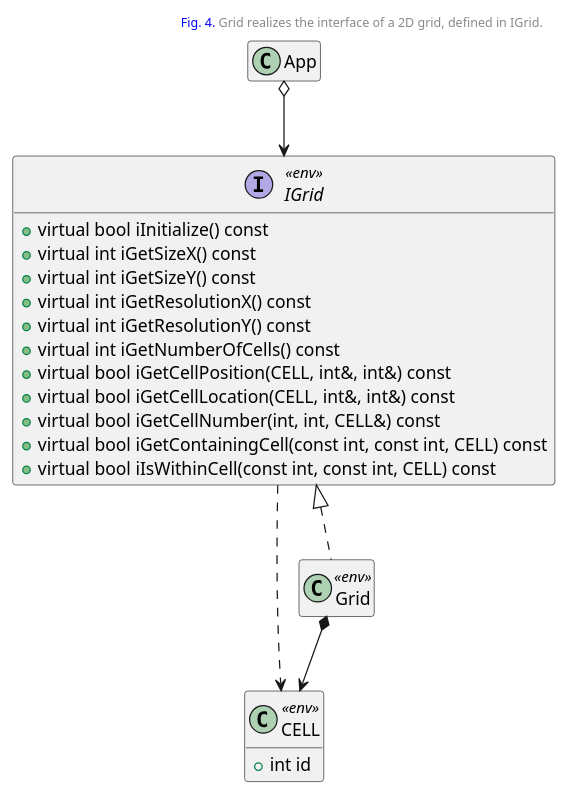
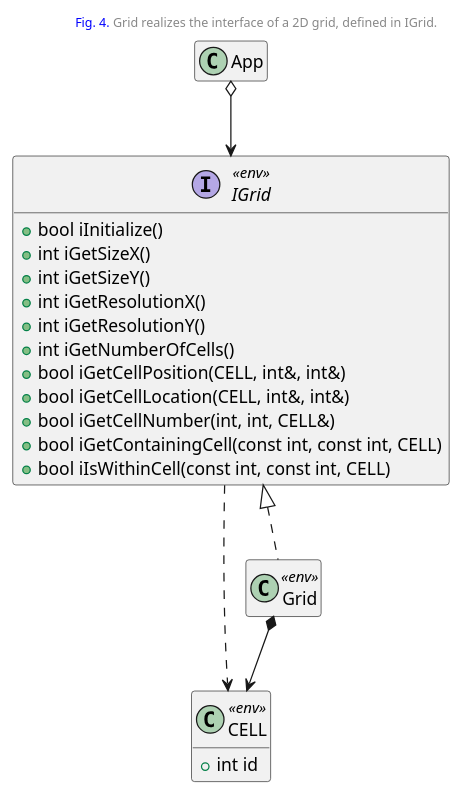
The fourth of 4 diagrams in _posts/modsim/2020-09-29-sfml-2d-grid.md (kanmeugne/kanmeugne.github.io), drawn with PlantUML before and after one commit. The commit also changed other lines of this file and 3 other files, not shown here.

```diff
--- a/_posts/modsim/2020-09-29-sfml-2d-grid.md
+++ b/_posts/modsim/2020-09-29-sfml-2d-grid.md
@@ -361,34 +357,34 @@
 {% plantuml %}
 @startuml
 header: <size:10> <font color=blue>Fig. 4.</font> Grid realizes the interface of a 2D grid, defined in IGrid. </size>
 class App {
     + void run()
     + void display()
 }
 class CELL <<env>> {
     + int id
 }
 interface IGrid <<env>> {
-    + virtual bool iInitialize() const
-    + virtual int iGetSizeX() const
-    + virtual int iGetSizeY() const
-    + virtual int iGetResolutionX() const
-    + virtual int iGetResolutionY() const
-    + virtual int iGetNumberOfCells() const
-    + virtual bool iGetCellPosition(CELL, int&, int&) const
-    + virtual bool iGetCellLocation(CELL, int&, int&) const
-    + virtual bool iGetCellNumber(int, int, CELL&) const
-    + virtual bool iGetContainingCell(const int, const int, CELL) const
-    + virtual bool iIsWithinCell(const int, const int, CELL) const
+    + bool iInitialize()
+    + int iGetSizeX()
+    + int iGetSizeY()
+    + int iGetResolutionX()
+    + int iGetResolutionY()
+    + int iGetNumberOfCells()
+    + bool iGetCellPosition(CELL, int&, int&)
+    + bool iGetCellLocation(CELL, int&, int&)
+    + bool iGetCellNumber(int, int, CELL&)
+    + bool iGetContainingCell(const int, const int, CELL)
+    + bool iIsWithinCell(const int, const int, CELL)
 }
 class Grid <<env>> implements IGrid {
 }
 IGrid ..> CELL
 Grid *--> CELL
 App o--> IGrid
 hide App members
 hide IGrid fields
 hide CELL methods
 hide Grid members
 @enduml
 {% endplantuml %}
```
